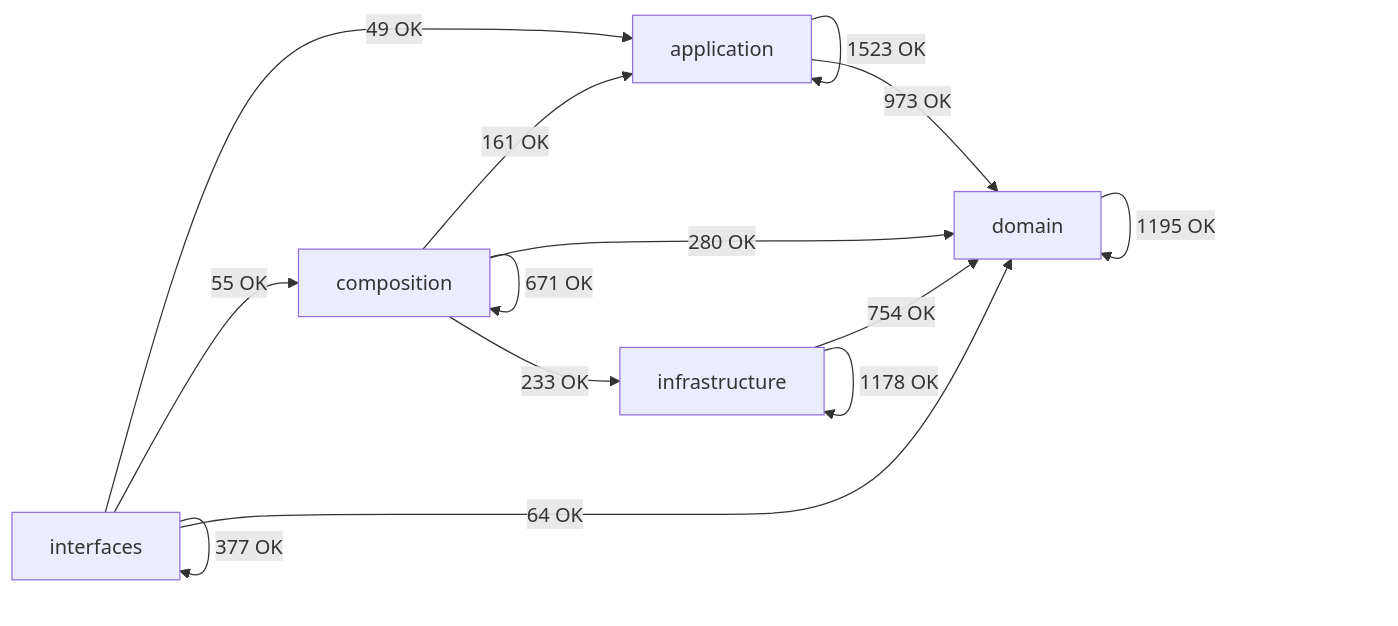
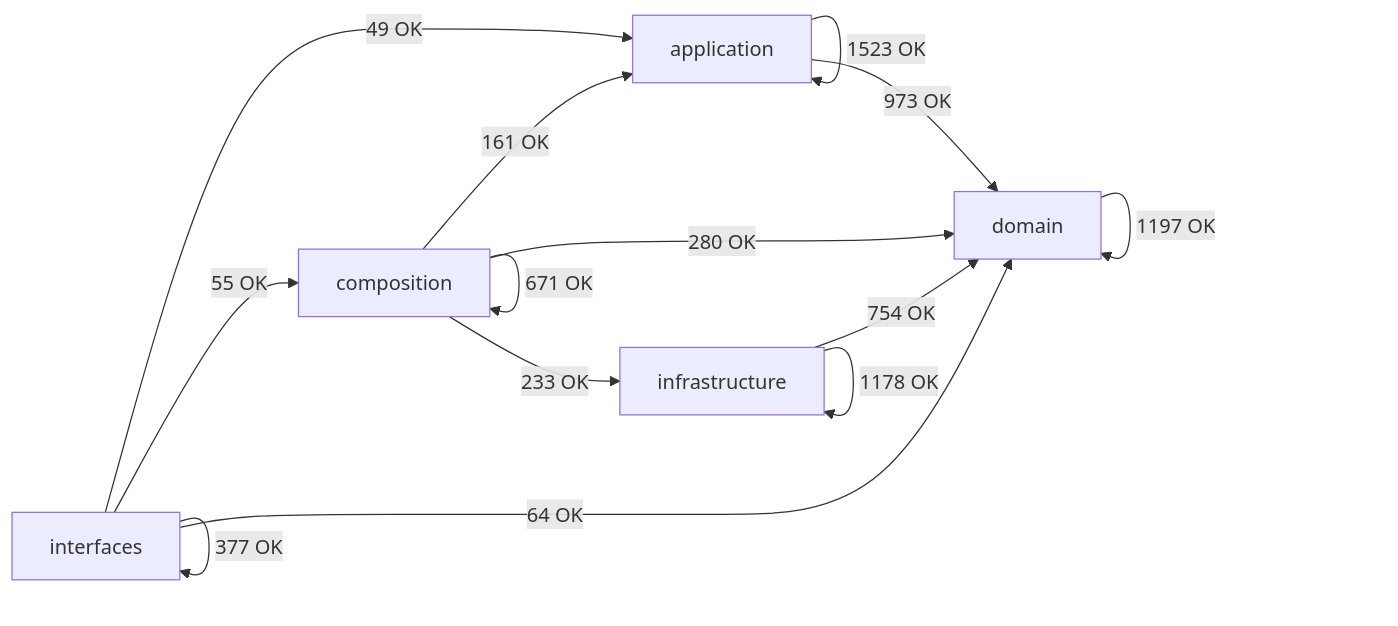
One commit to SatoryKono/BioactivityDataAcquisition changed the diagram in docs/02-architecture/generated/module-dependency-map.md. Above: the diagram before and after it, drawn with Mermaid. The commit also changed other lines of this file and 1 other file, not shown here.

Commit message:
chore(docs): refresh architecture dependency map for domain changes

````diff
--- a/docs/02-architecture/generated/module-dependency-map.md
+++ b/docs/02-architecture/generated/module-dependency-map.md
@@ -17,21 +17,21 @@
 ```mermaid
 flowchart LR
     domain[domain]
     application[application]
     infrastructure[infrastructure]
     composition[composition]
     interfaces[interfaces]
     application -->|1523 OK| application
     application -->|973 OK| domain
     composition -->|161 OK| application
     composition -->|671 OK| composition
     composition -->|280 OK| domain
     composition -->|233 OK| infrastructure
-    domain -->|1195 OK| domain
+    domain -->|1197 OK| domain
     infrastructure -->|754 OK| domain
     infrastructure -->|1178 OK| infrastructure
     interfaces -->|49 OK| application
     interfaces -->|55 OK| composition
     interfaces -->|64 OK| domain
     interfaces -->|377 OK| interfaces
 ```
````
